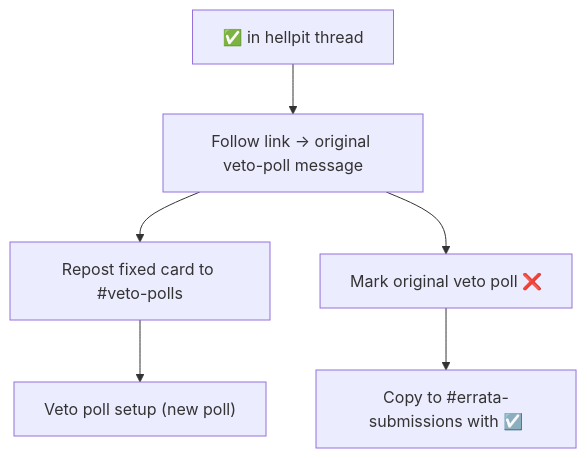
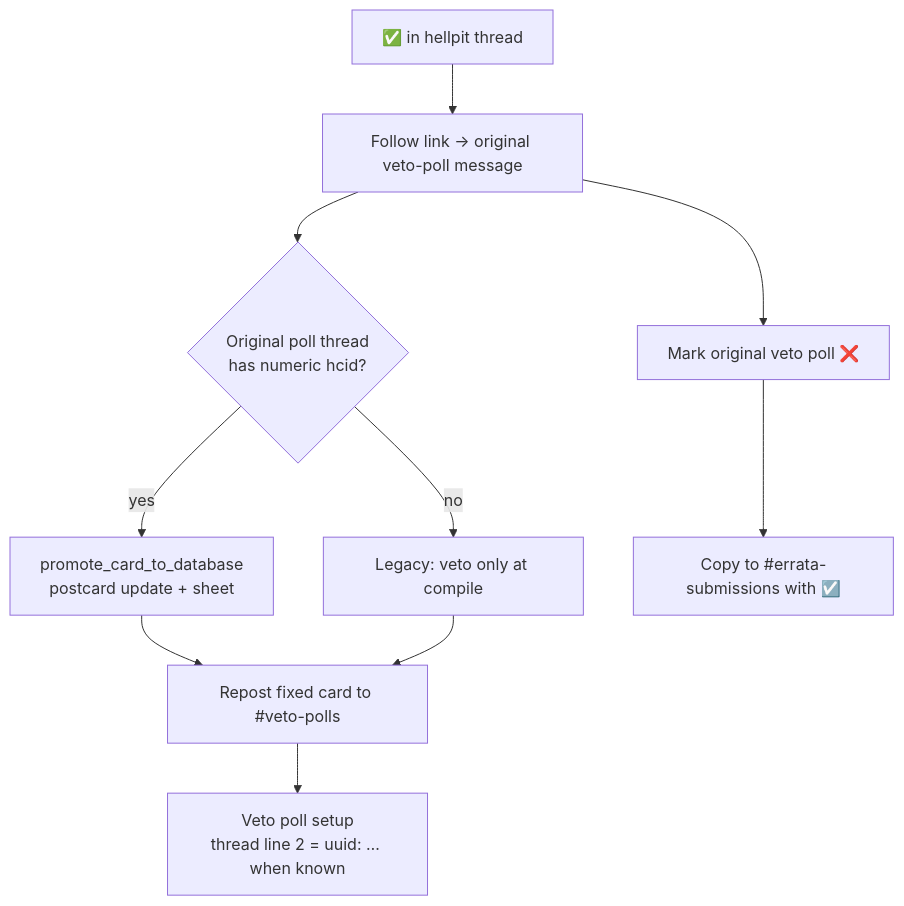
One commit to bones-bones/mork changed the sixth of 6 diagrams in docs/card-flows/veto.md. Above: the diagram before and after it, drawn with Mermaid. The commit also changed other lines of this file and 35 other files, not shown here.

First line of the commit message:
Promote cards into Hellfall at veto intake and finish sheet→catalog migration.

````diff
--- a/docs/card-flows/veto.md
+++ b/docs/card-flows/veto.md
@@ -141,8 +141,12 @@
 ```mermaid
 flowchart TD
   RX["✅ in hellpit thread"] --> READ["Follow link → original veto-poll message"]
-  READ --> REPOST["Repost fixed card to #veto-polls"]
-  REPOST --> HVP["Veto poll setup (new poll)"]
+  READ --> HCID{"Original poll thread<br/>has numeric hcid?"}
+  HCID -->|yes| PROMO["promote_card_to_database<br/>postcard update + sheet"]
+  HCID -->|no| LEG["Legacy: veto only at compile"]
+  PROMO --> REPOST["Repost fixed card to #veto-polls"]
+  LEG --> REPOST
+  REPOST --> HVP["Veto poll setup<br/>thread line 2 = uuid: … when known"]
   READ --> MARK["Mark original veto poll ❌"]
   MARK --> ERR["Copy to #errata-submissions with ☑️"]
 ```
````
